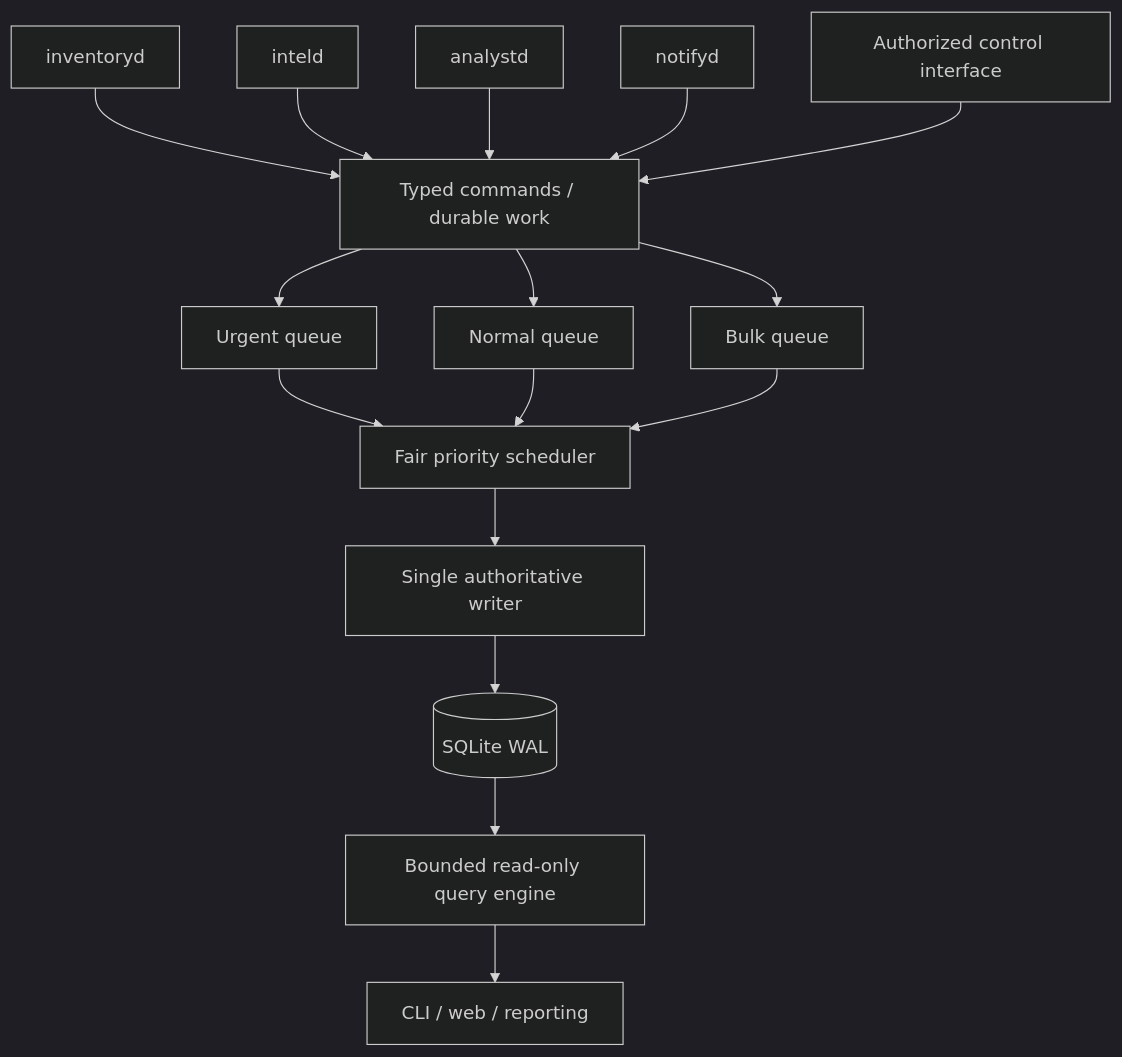
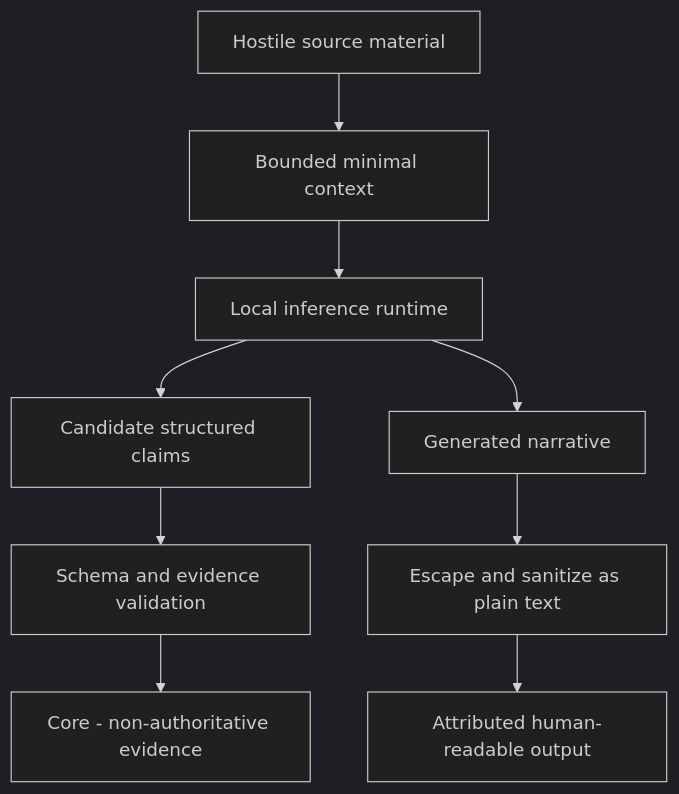
Before and after one commit to ngcbg/vulnmon: the fifth of 12 diagrams in ARCHITECTURE.md, drawn with Mermaid (dark theme). The commit also changed other lines of this file and 2 other files, not shown here.

Commit message:
docs: establish architecture v0.3 after peer review

````diff
--- a/ARCHITECTURE.md
+++ b/ARCHITECTURE.md
@@ -329,18 +339,11 @@
 ```mermaid
 flowchart TD
-    I[inventoryd] --> Q[Typed commands / durable work]
-    T[inteld] --> Q
-    A[analystd] --> Q
-    N[notifyd] --> Q
-    U[Authorized control interface] --> Q
-    Q --> P[Urgent queue]
-    Q --> M[Normal queue]
-    Q --> B[Bulk queue]
-    P --> S[Fair priority scheduler]
-    M --> S
-    B --> S
-    S --> W[Single authoritative writer]
-    W --> DB[(SQLite WAL)]
-    DB --> R[Bounded read-only query engine]
-    R --> C[CLI / web / reporting]
+    U[Hostile source material] --> B[Bounded minimal context]
+    B --> L[Local inference runtime]
+    L --> C[Candidate structured claims]
+    L --> N[Generated narrative]
+    C --> V[Schema and evidence validation]
+    V --> D[Core - non-authoritative evidence]
+    N --> S[Escape and sanitize as plain text]
+    S --> R[Attributed human-readable output]
 ```
````
